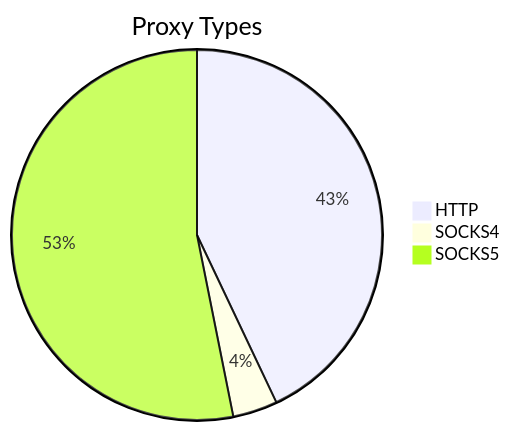
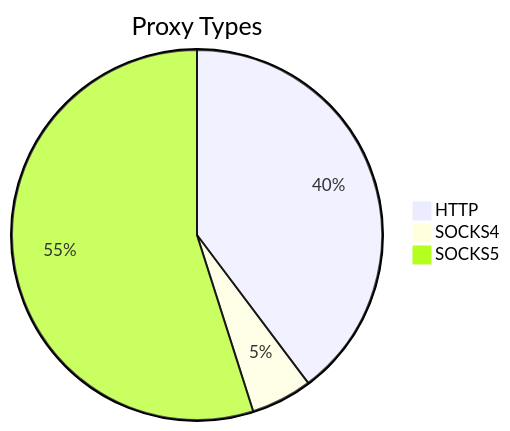
The first of 2 diagrams in README.md (stormsia/proxy-list), drawn with Mermaid before and after one commit. The commit also changed other lines of this file, not shown here.

````diff
--- a/README.md
+++ b/README.md
@@ -21,6 +21,6 @@
 ```mermaid
 pie title Proxy Types
-    "HTTP" : 506
-    "SOCKS4" : 46
-    "SOCKS5" : 626
+    "HTTP" : 595
+    "SOCKS4" : 80
+    "SOCKS5" : 822
 ```
````
